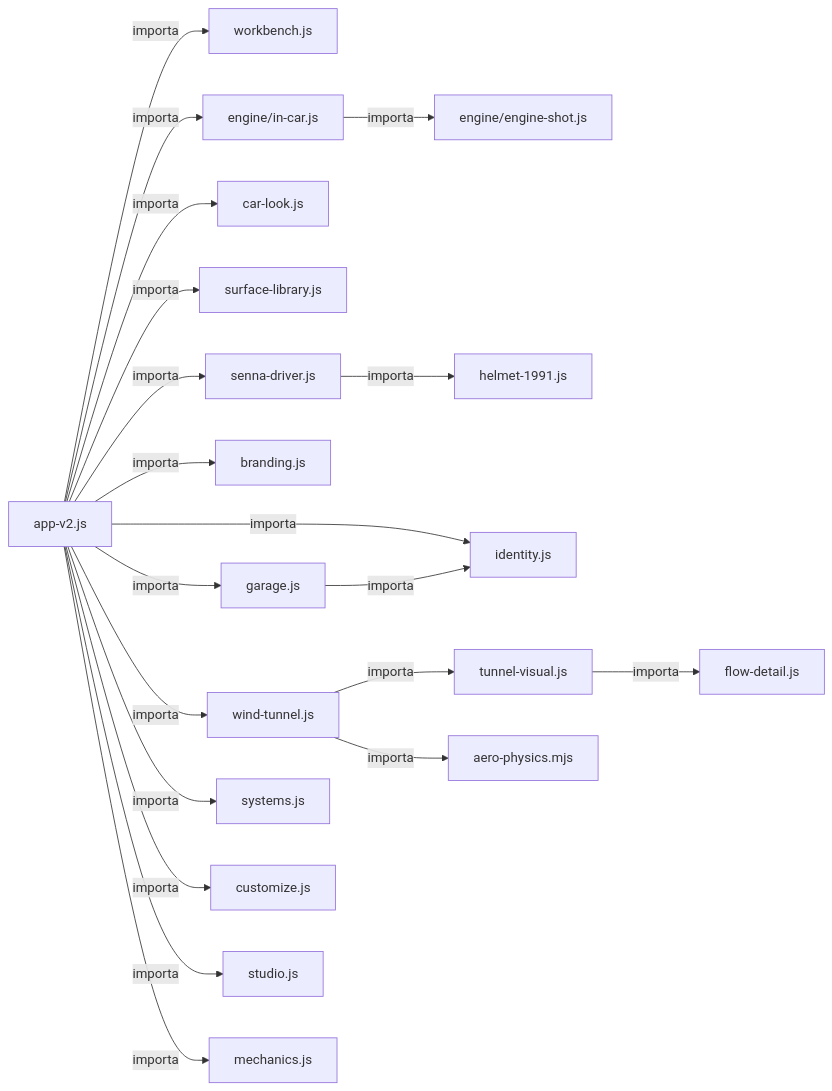
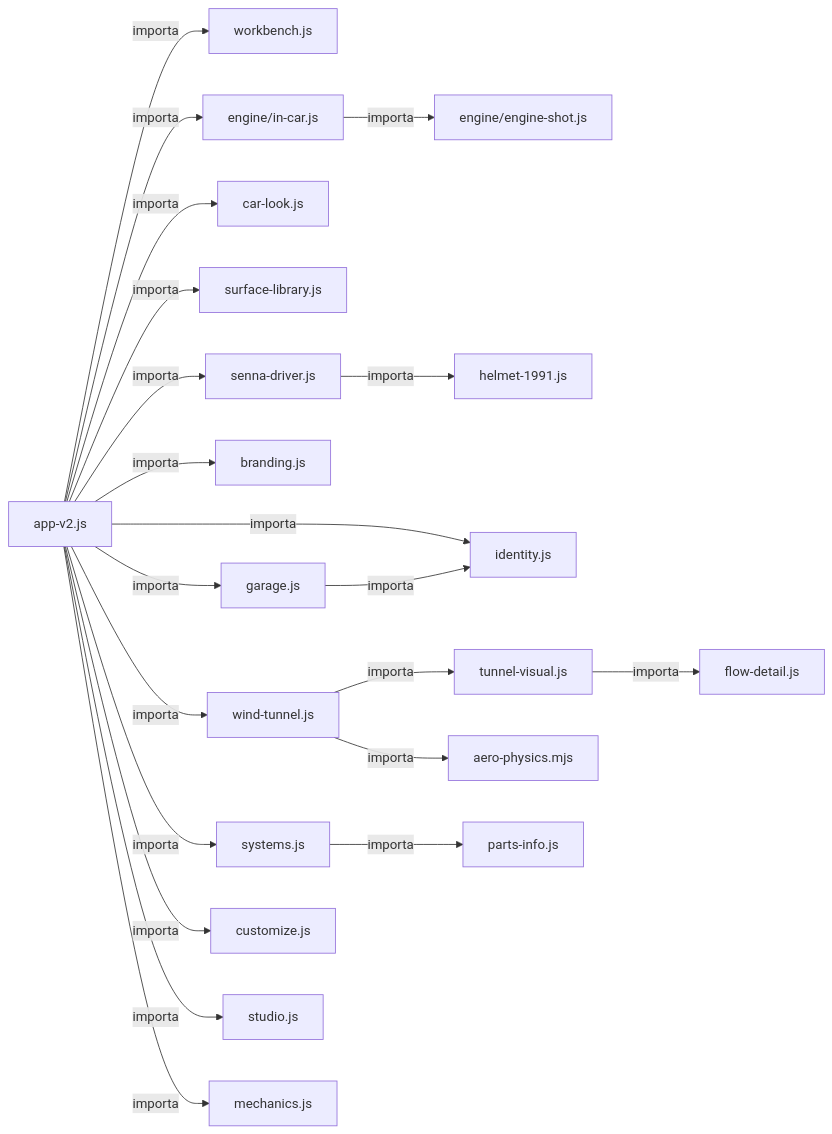
Before and after one commit to igormorais123/INTEIA-laboratorio-3d: the first of 3 diagrams in docs/mapas/GRAFOS.md, drawn with Mermaid. The commit also changed other lines of this file and 22 other files, not shown here.

````diff
--- a/docs/mapas/GRAFOS.md
+++ b/docs/mapas/GRAFOS.md
@@ -9,41 +9,43 @@
 ```mermaid
 flowchart LR
   n0["aero-physics.mjs"]
   n1["app-v2.js"]
   n2["branding.js"]
   n3["car-look.js"]
   n4["customize.js"]
   n5["engine/engine-shot.js"]
   n6["engine/in-car.js"]
   n7["flow-detail.js"]
   n8["garage.js"]
   n9["helmet-1991.js"]
   n10["identity.js"]
   n11["mechanics.js"]
-  n12["senna-driver.js"]
-  n13["studio.js"]
-  n14["surface-library.js"]
-  n15["systems.js"]
-  n16["tunnel-visual.js"]
-  n17["wind-tunnel.js"]
-  n18["workbench.js"]
-  n1 -->|"importa"| n18
+  n12["parts-info.js"]
+  n13["senna-driver.js"]
+  n14["studio.js"]
+  n15["surface-library.js"]
+  n16["systems.js"]
+  n17["tunnel-visual.js"]
+  n18["wind-tunnel.js"]
+  n19["workbench.js"]
+  n1 -->|"importa"| n19
   n1 -->|"importa"| n6
   n1 -->|"importa"| n3
-  n1 -->|"importa"| n14
-  n1 -->|"importa"| n12
+  n1 -->|"importa"| n15
+  n1 -->|"importa"| n13
   n1 -->|"importa"| n2
   n1 -->|"importa"| n10
   n1 -->|"importa"| n8
-  n1 -->|"importa"| n17
-  n1 -->|"importa"| n15
+  n1 -->|"importa"| n18
+  n1 -->|"importa"| n16
   n1 -->|"importa"| n4
-  n1 -->|"importa"| n13
+  n1 -->|"importa"| n14
   n1 -->|"importa"| n11
   n6 -->|"importa"| n5
   n8 -->|"importa"| n10
-  n12 -->|"importa"| n9
-  n16 -->|"importa"| n7
-  n17 -->|"importa"| n16
-  n17 -->|"importa"| n0
+  n13 -->|"importa"| n9
+  n16 -->|"importa"| n12
+  n17 -->|"importa"| n7
+  n18 -->|"importa"| n17
+  n18 -->|"importa"| n0
 ```
````
